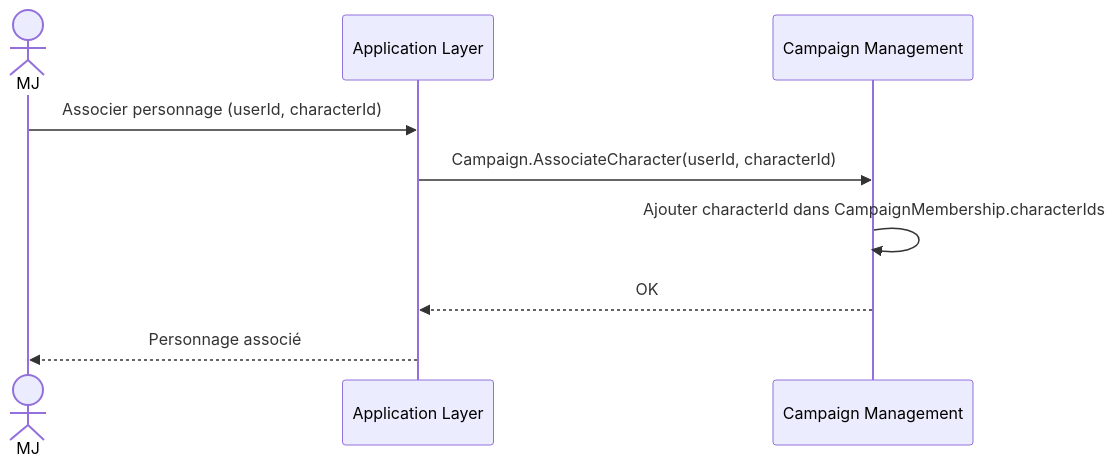
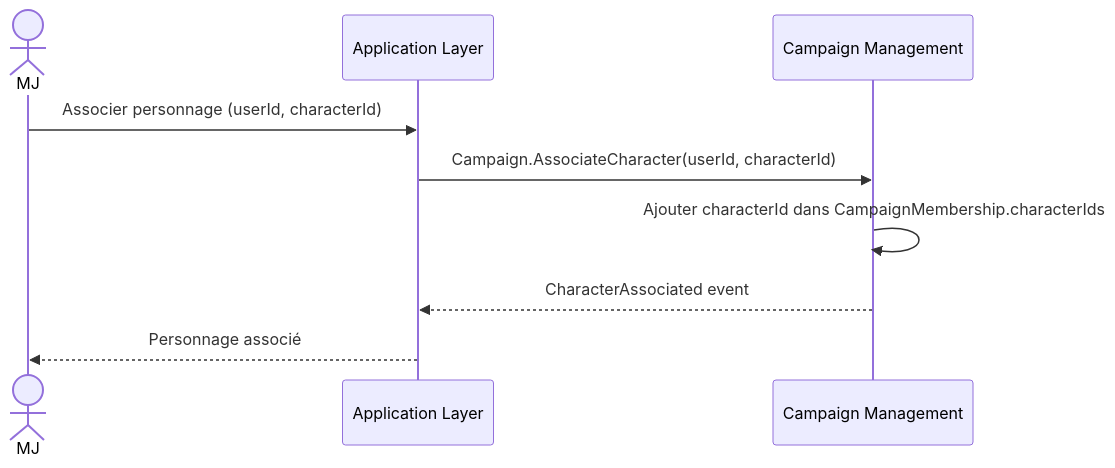
One commit to 2025-10-CDA-ECO-P6/PM-micro-saas changed the seventh of 7 diagrams in docs/conception/domain/diagrams/flows/campaign-management.md. Above: the diagram before and after it, drawn with Mermaid. The commit also changed other lines of this file and 17 other files, not shown here.

````diff
--- a/docs/conception/domain/diagrams/flows/campaign-management.md
+++ b/docs/conception/domain/diagrams/flows/campaign-management.md
@@ -125,12 +125,12 @@
 ```mermaid
 sequenceDiagram
     actor MJ
     participant App as Application Layer
     participant CM as Campaign Management
 
     MJ->>App: Associer personnage (userId, characterId)
     App->>CM: Campaign.AssociateCharacter(userId, characterId)
     CM->>CM: Ajouter characterId dans CampaignMembership.characterIds
-    CM-->>App: OK
+    CM-->>App: CharacterAssociated event
     App-->>MJ: Personnage associé
 ```
````
